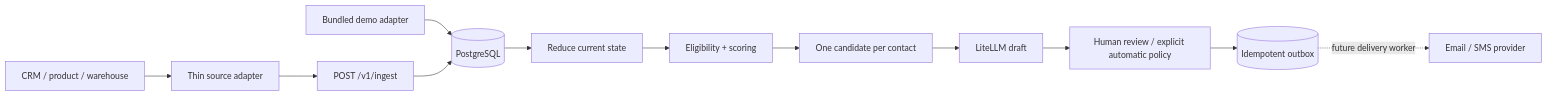
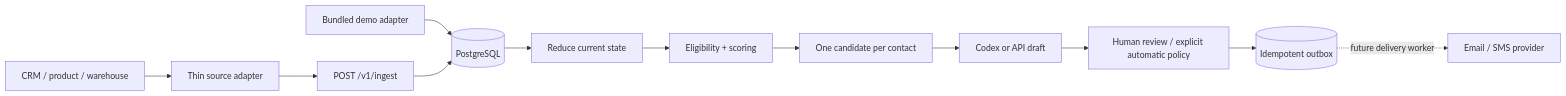
One commit to williamshayden/respawned changed the diagram in README.md. Above: the diagram before and after it, drawn with Mermaid. The commit also changed other lines of this file, not shown here.

````diff
--- a/README.md
+++ b/README.md
@@ -9,14 +9,14 @@
 ```mermaid
 flowchart LR
     CRM[CRM / product / warehouse] --> Adapter[Thin source adapter]
     Adapter --> API[POST /v1/ingest]
     Demo[Bundled demo adapter] --> Store[(PostgreSQL)]
     API --> Store
     Store --> Reduce[Reduce current state]
     Reduce --> Policy[Eligibility + scoring]
     Policy --> Candidates[One candidate per contact]
-    Candidates --> Draft[LiteLLM draft]
+    Candidates --> Draft[Codex or API draft]
     Draft --> Review[Human review / explicit automatic policy]
     Review --> Outbox[(Idempotent outbox)]
     Outbox -. future delivery worker .-> Channels[Email / SMS provider]
 ```
````
